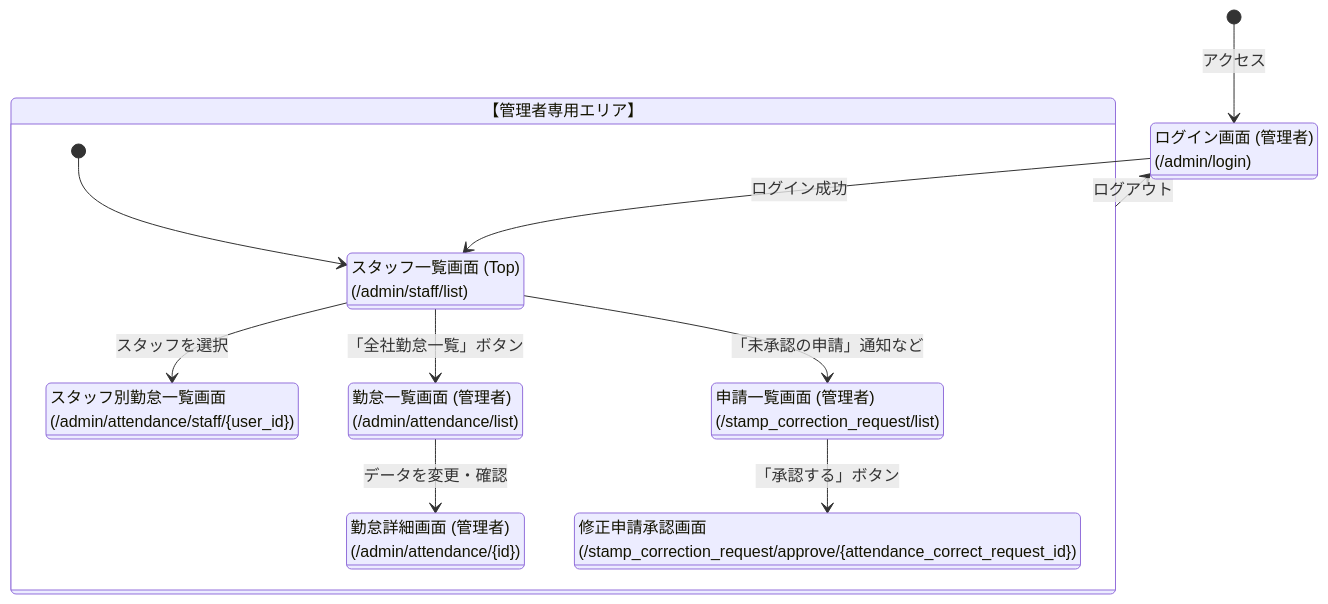
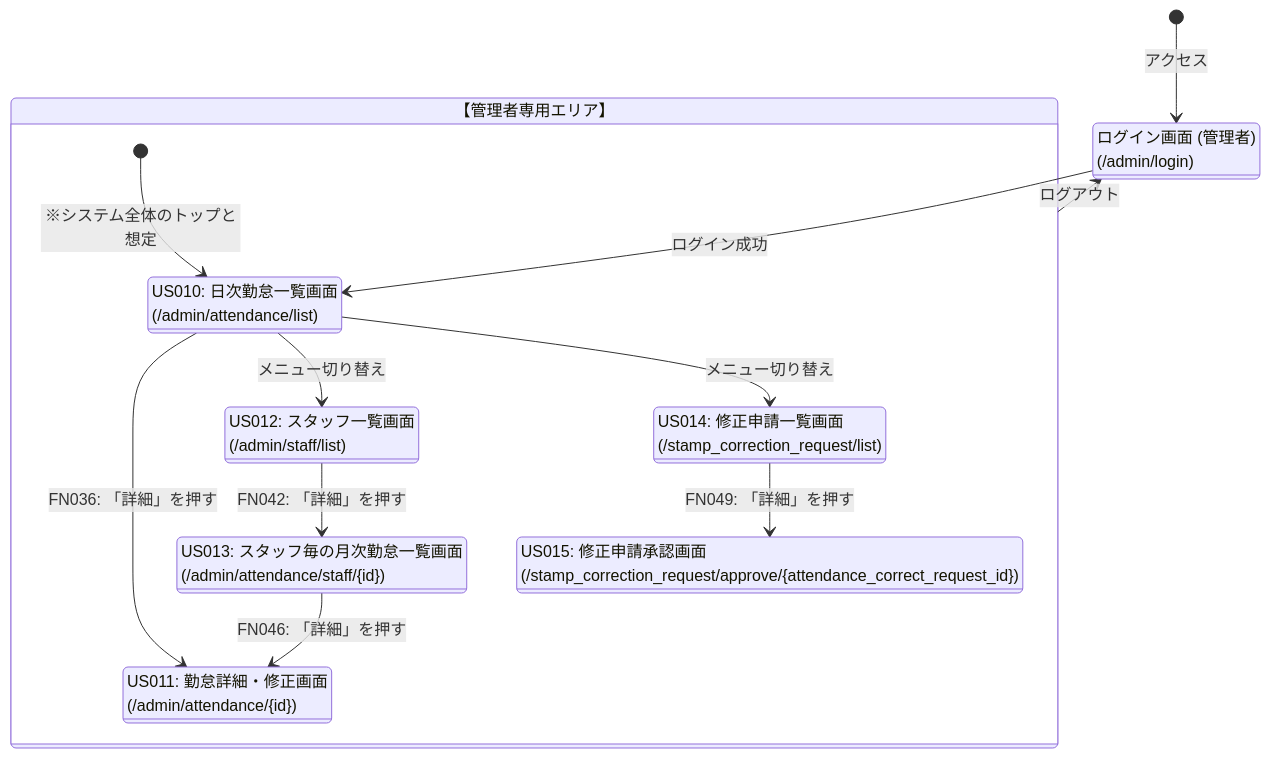
The diagram in docs/Admin Flow (Mermaid Code).md (Ryusei05274/attendance-app), drawn with Mermaid before and after one commit.

Commit message:
docs: READMEにER図を追加

````diff
--- a/docs/Admin Flow (Mermaid Code).md
+++ b/docs/Admin Flow (Mermaid Code).md
@@ -1,28 +1,33 @@
 ```mermaid
 stateDiagram-v2
     classDef unauth fill:#fff,stroke:#333,stroke-width:2px;
     classDef admin fill:#c8e6c9,stroke:#388e3c,stroke-width:2px;
 
     [*] --> 管理者_ログイン画面 : アクセス
 
     state "ログイン画面 (管理者)\n(/admin/login)" as 管理者_ログイン画面:::unauth
 
     state "【管理者専用エリア】" as 管理者エリア {
-        state "スタッフ一覧画面 (Top)\n(/admin/staff/list)" as スタッフ一覧:::admin
-        state "スタッフ別勤怠一覧画面\n(/admin/attendance/staff/{user_id})" as スタッフ別勤怠:::admin
-        state "勤怠一覧画面 (管理者)\n(/admin/attendance/list)" as 勤怠一覧_G:::admin
-        state "勤怠詳細画面 (管理者)\n(/admin/attendance/{id})" as 勤怠詳細_G:::admin
-        state "申請一覧画面 (管理者)\n(/stamp_correction_request/list)" as 申請一覧_G:::admin
-        state "修正申請承認画面\n(/stamp_correction_request/approve/{attendance_correct_request_id})" as 承認画面:::admin
+        state "US012: スタッフ一覧画面\n(/admin/staff/list)" as スタッフ一覧:::admin
+        state "US013: スタッフ毎の月次勤怠一覧画面\n(/admin/attendance/staff/{id})" as 月次勤怠一覧:::admin
+        state "US010: 日次勤怠一覧画面\n(/admin/attendance/list)" as 日次勤怠一覧:::admin
+        state "US011: 勤怠詳細・修正画面\n(/admin/attendance/{id})" as 勤怠詳細:::admin
+        state "US014: 修正申請一覧画面\n(/stamp_correction_request/list)" as 申請一覧:::admin
+        state "US015: 修正申請承認画面\n(/stamp_correction_request/approve/{attendance_correct_request_id})" as 承認画面:::admin
 
-        [*] --> スタッフ一覧
-        スタッフ一覧 --> スタッフ別勤怠 : スタッフを選択
-        スタッフ一覧 --> 勤怠一覧_G : 「全社勤怠一覧」ボタン
-        勤怠一覧_G --> 勤怠詳細_G : データを変更・確認
-        スタッフ一覧 --> 申請一覧_G : 「未承認の申請」通知など
-        申請一覧_G --> 承認画面 : 「承認する」ボタン
+        [*] --> 日次勤怠一覧 : ※システム全体のトップと想定
+        
+        %% 表の通りにルートを修正
+        スタッフ一覧 --> 月次勤怠一覧 : FN042: 「詳細」を押す
+        月次勤怠一覧 --> 勤怠詳細 : FN046: 「詳細」を押す
+        日次勤怠一覧 --> 勤怠詳細 : FN036: 「詳細」を押す
+        申請一覧 --> 承認画面 : FN049: 「詳細」を押す
+        
+        %% その他想定されるメニュー遷移など
+        日次勤怠一覧 --> スタッフ一覧 : メニュー切り替え
+        日次勤怠一覧 --> 申請一覧 : メニュー切り替え
     }
 
-    管理者_ログイン画面 --> スタッフ一覧 : ログイン成功
+    管理者_ログイン画面 --> 日次勤怠一覧 : ログイン成功
     管理者エリア --> 管理者_ログイン画面 : ログアウト
 ```
````
